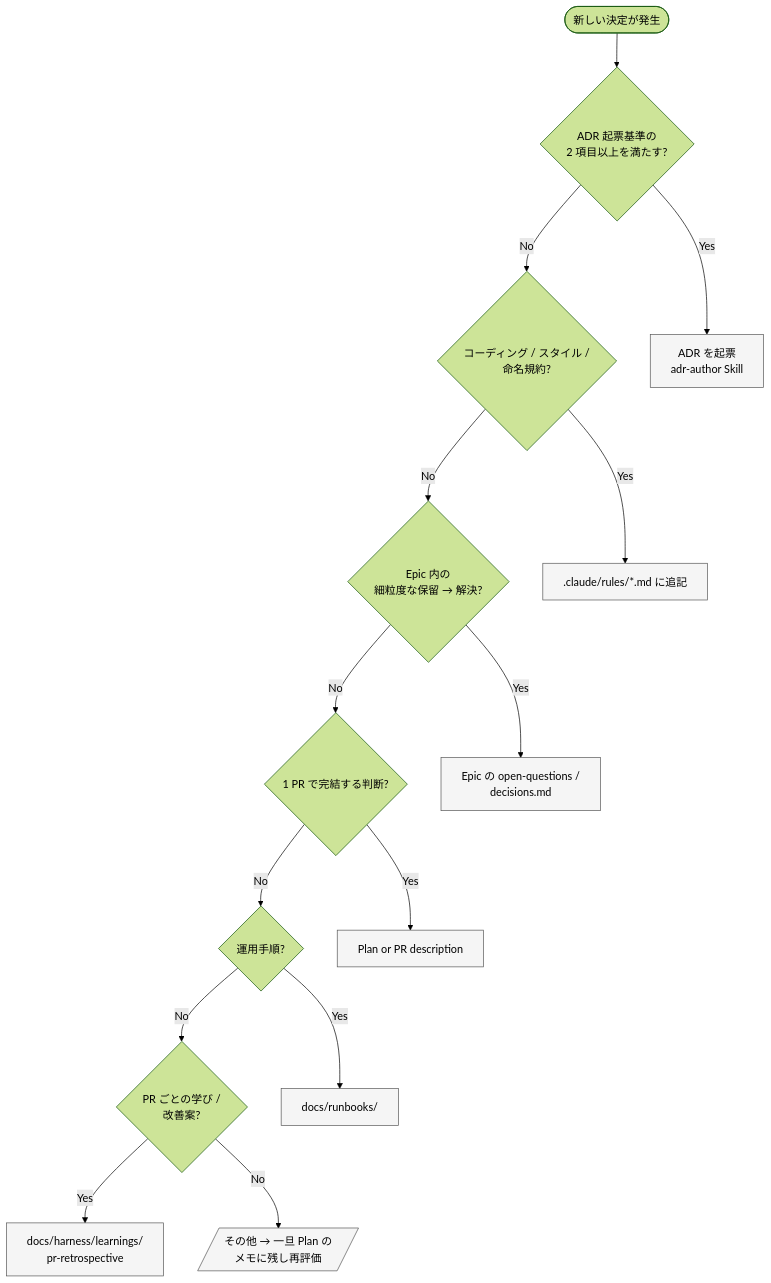
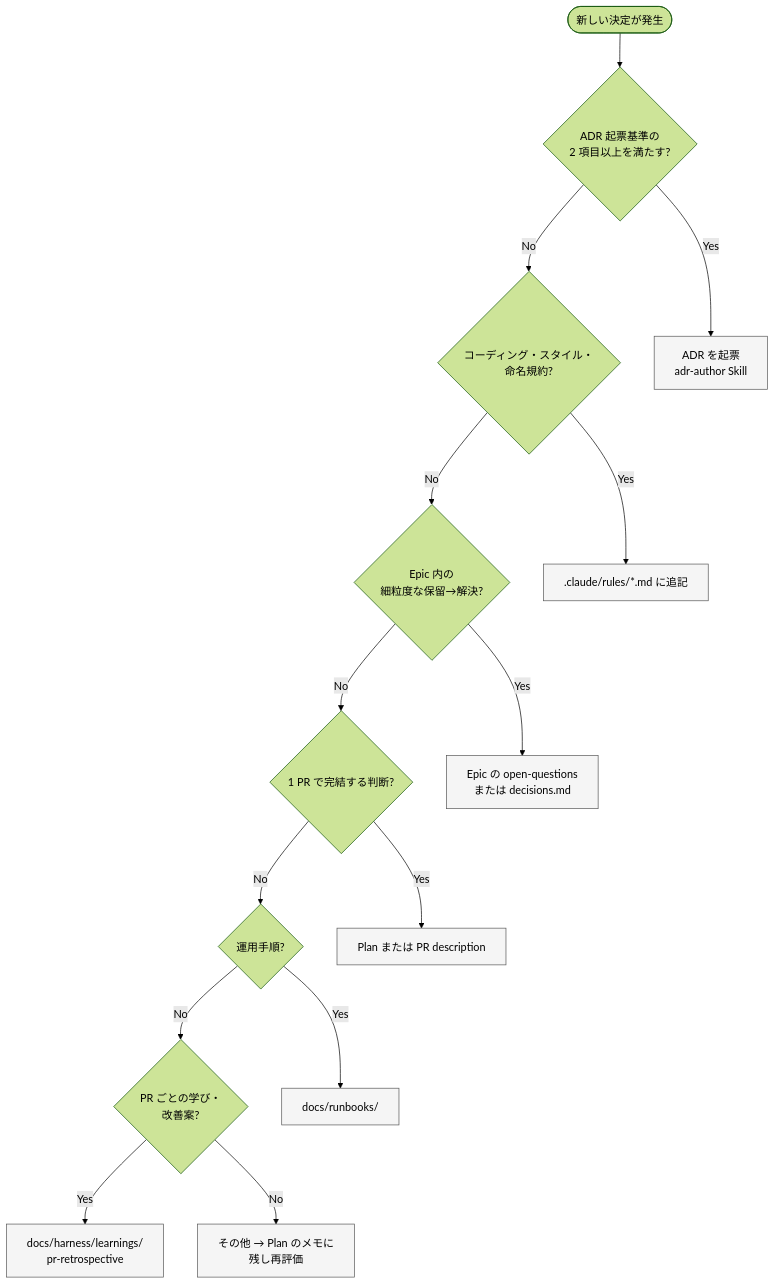
One commit to subroh0508/colormaster changed the first of 2 diagrams in docs/harness/plan.md. Above: the diagram before and after it, drawn with Mermaid (forest theme). The commit also changed other lines of this file, not shown here.

Commit message:
Fix Mermaid syntax in the §4.5 ADR flow and the §5.4 loop
Two issues broke rendering:

1. §4.5 used a parallelogram (`Default[/.../]`) whose label contained
   a `/`, so the Mermaid parser swallowed the closing `/]` early and
   the rest of the diagram fell apart. Switch the parallelogram to a
   plain rectangle.
2. §5.4's edge labels included `()` parentheses inside `|...|`
   (e.g. `|Critical あり (fix loop ≤ 3)|`), which trips the edge-label
   tokenizer. Drop the parens and use a punctuation comma instead.

While in there, harden every node label by wrapping it in double
quotes (so embedded `/`, `→`, `?`, and `<br/>` are all treated as
literal characters), swap inner `/` separators for `・` or "または"
in question text where it reads naturally, and switch a few half-width
`()` to full-width `（）` for the same reason inside node labels.

Both blocks now round-trip through `npx @mermaid-js/mermaid-cli mmdc`
and render to SVG without errors.

````diff
--- a/docs/harness/plan.md
+++ b/docs/harness/plan.md
@@ -656,35 +656,35 @@
 ```mermaid
 flowchart TD
-    Start([新しい決定が発生])
-    Q1{ADR 起票基準の<br/>2 項目以上を満たす?}
-    Q2{コーディング / スタイル /<br/>命名規約?}
-    Q3{Epic 内の<br/>細粒度な保留 → 解決?}
-    Q4{1 PR で完結する判断?}
-    Q5{運用手順?}
-    Q6{PR ごとの学び /<br/>改善案?}
-    Default[/その他 → 一旦 Plan の<br/>メモに残し再評価/]
+    Start(["新しい決定が発生"])
+    Q1{"ADR 起票基準の<br/>2 項目以上を満たす?"}
+    Q2{"コーディング・スタイル・<br/>命名規約?"}
+    Q3{"Epic 内の<br/>細粒度な保留→解決?"}
+    Q4{"1 PR で完結する判断?"}
+    Q5{"運用手順?"}
+    Q6{"PR ごとの学び・<br/>改善案?"}
+    Default["その他 → Plan のメモに<br/>残し再評価"]
 
-    ADR[ADR を起票<br/>adr-author Skill]
-    Rules[.claude/rules/*.md に追記]
-    Epic[Epic の open-questions /<br/>decisions.md]
-    Plan[Plan or PR description]
-    Runbook[docs/runbooks/]
-    Learn[docs/harness/learnings/<br/>pr-retrospective]
+    ADR["ADR を起票<br/>adr-author Skill"]
+    Rules[".claude/rules/*.md に追記"]
+    Epic["Epic の open-questions<br/>または decisions.md"]
+    Plan["Plan または PR description"]
+    Runbook["docs/runbooks/"]
+    Learn["docs/harness/learnings/<br/>pr-retrospective"]
 
     Start --> Q1
     Q1 -->|Yes| ADR
     Q1 -->|No| Q2
     Q2 -->|Yes| Rules
     Q2 -->|No| Q3
     Q3 -->|Yes| Epic
     Q3 -->|No| Q4
     Q4 -->|Yes| Plan
     Q4 -->|No| Q5
     Q5 -->|Yes| Runbook
     Q5 -->|No| Q6
     Q6 -->|Yes| Learn
     Q6 -->|No| Default
 
     classDef destination fill:#f5f5f5,stroke:#555,stroke-width:1px;
     class ADR,Rules,Epic,Plan,Runbook,Learn,Default destination;
 ```
````
